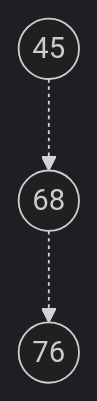
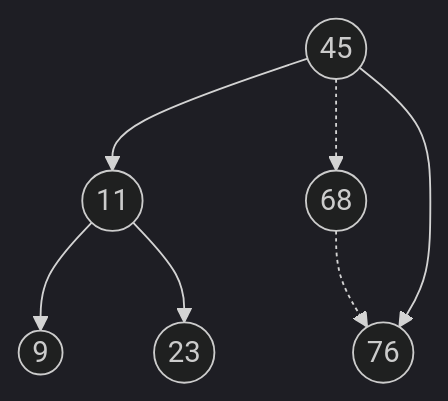
Before and after one commit to dmjcb/dmjcb.github.io: the tenth of 13 diagrams in _posts/DataStructures/Tree/BinaryTree/2019-02-13-二叉排序树.md, drawn with Mermaid (dark theme). The commit also changed other lines of this file and 122 other files, not shown here.

Commit message:
修复图形显示BUG

````diff
--- a/_posts/DataStructures/Tree/BinaryTree/2019-02-13-二叉排序树.md
+++ b/_posts/DataStructures/Tree/BinaryTree/2019-02-13-二叉排序树.md
@@ -195,7 +240,11 @@
 ```mermaid
 graph TB
     N45((45))
+        N45 --> N11((11))
+            N11 --> N9((9))
+            N11 --> N23((23))
         N45 -.-> N68((68))
             N68 -.-> N76((76))
 
+        N45 --> N76
 ```
````
